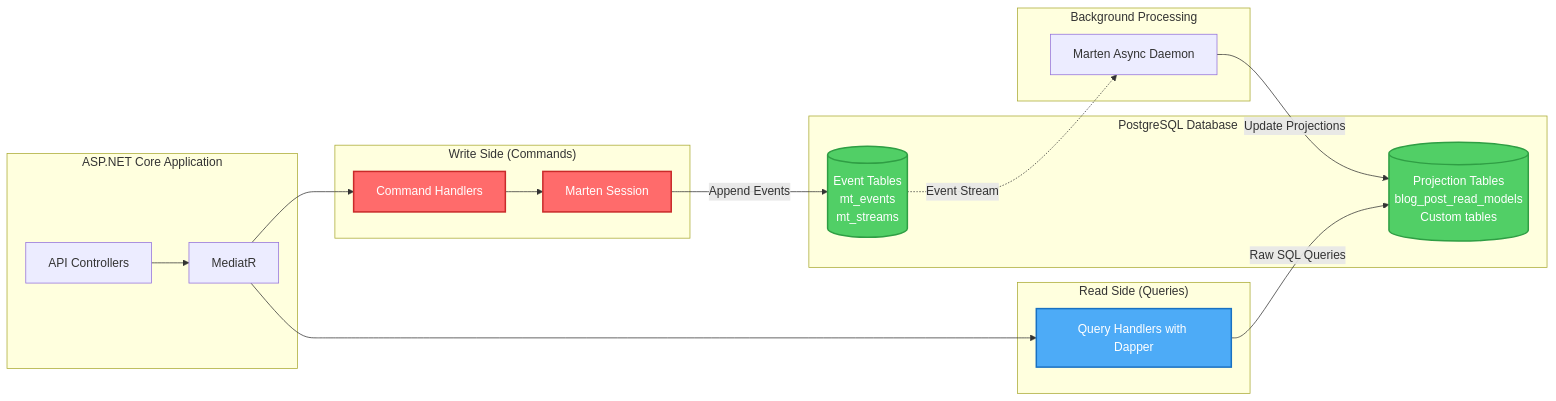
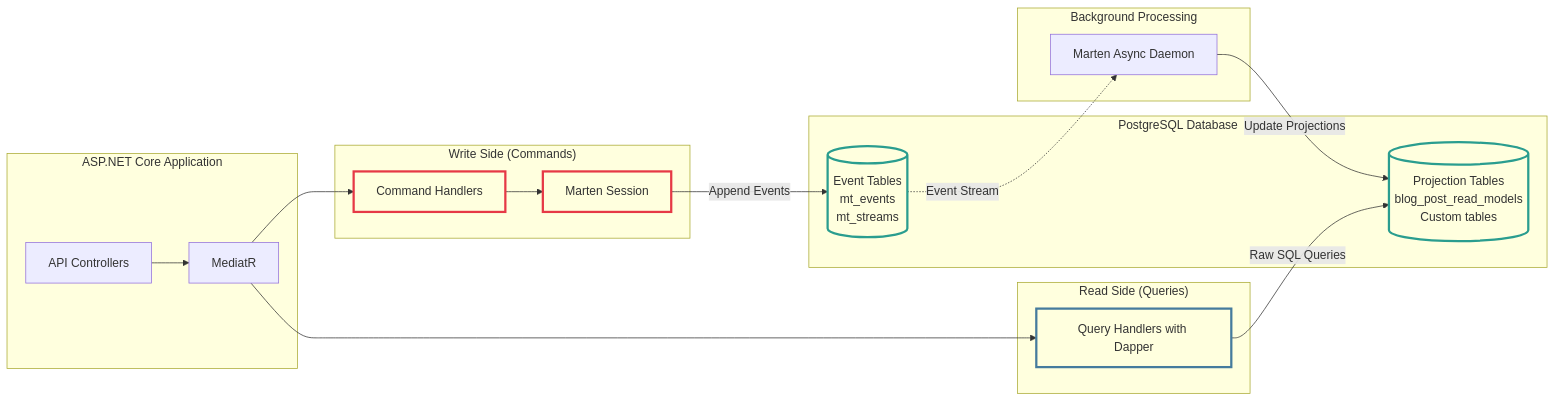
One commit to Shaddix/mostlylucidweb changed the third of 3 diagrams in Mostlylucid/Markdown/moderncqrsandeventsourcing.md. Above: the diagram before and after it, drawn with Mermaid. The commit also changed other lines of this file, not shown here.

First line of the commit message:
refactor: improve article tone and fix Mermaid diagrams for theme support

````diff
--- a/Mostlylucid/Markdown/moderncqrsandeventsourcing.md
+++ b/Mostlylucid/Markdown/moderncqrsandeventsourcing.md
@@ -279,45 +277,45 @@
 ```mermaid
 flowchart LR
     subgraph Application["ASP.NET Core Application"]
         API[API Controllers]
         MED[MediatR]
     end
 
     subgraph Write["Write Side (Commands)"]
         CMDH[Command Handlers]
         MARTEN[Marten Session]
     end
 
     subgraph Read["Read Side (Queries)"]
         QRYH[Query Handlers with Dapper]
     end
 
     subgraph Database["PostgreSQL Database"]
         EVTTBL[(Event Tables<br/>mt_events<br/>mt_streams)]
         PROJTBL[(Projection Tables<br/>blog_post_read_models<br/>Custom tables)]
     end
 
     subgraph Background["Background Processing"]
         DAEMON[Marten Async Daemon]
     end
 
     API --> MED
     MED --> CMDH
     MED --> QRYH
 
     CMDH --> MARTEN
     MARTEN -->|Append Events| EVTTBL
 
     EVTTBL -.->|Event Stream| DAEMON
     DAEMON -->|Update Projections| PROJTBL
 
     QRYH -->|Raw SQL Queries| PROJTBL
 
-    classDef writeStyle fill:#ff6b6b,stroke:#c92a2a,stroke-width:2px,color:#fff
-    classDef readStyle fill:#4dabf7,stroke:#1971c2,stroke-width:2px,color:#fff
-    classDef dbStyle fill:#51cf66,stroke:#2f9e44,stroke-width:2px,color:#fff
+    classDef writeStyle fill:none,stroke:#e63946,stroke-width:3px
+    classDef readStyle fill:none,stroke:#457b9d,stroke-width:3px
+    classDef dbStyle fill:none,stroke:#2a9d8f,stroke-width:3px
 
     class CMDH,MARTEN writeStyle
     class QRYH readStyle
     class EVTTBL,PROJTBL dbStyle
 ```
````
